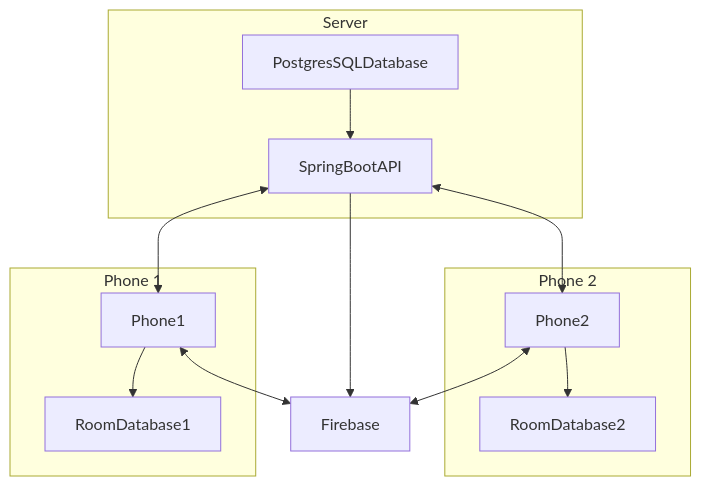
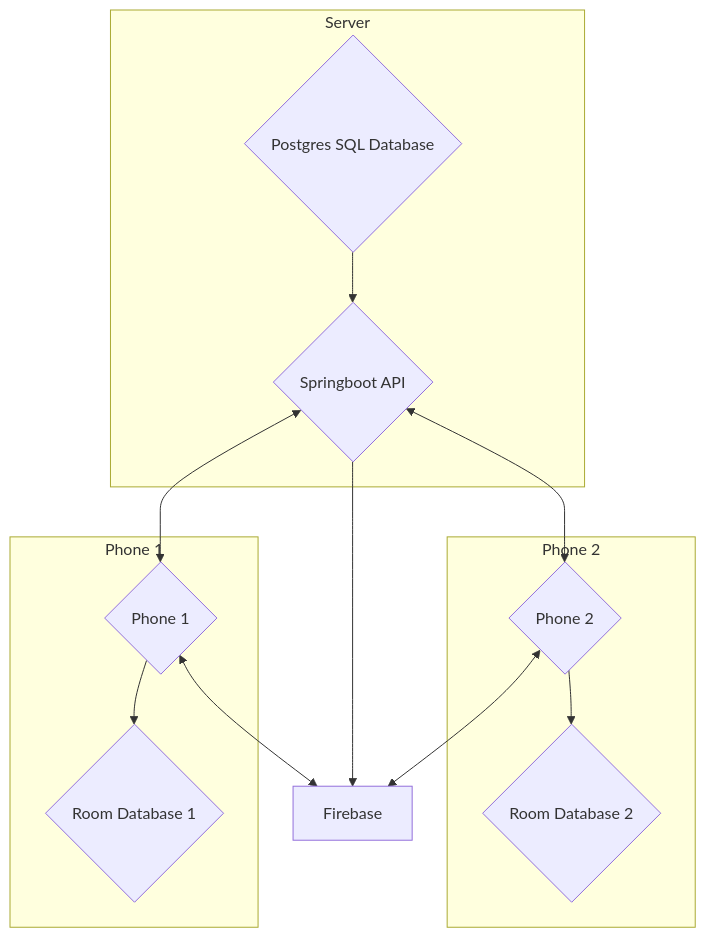
Before and after one commit to lukekweston/MessengerAPP: the diagram in README.md, drawn with Mermaid.

````diff
--- a/README.md
+++ b/README.md
@@ -23,17 +23,17 @@
 ```mermaid
 flowchart TD;
     subgraph "Phone 2"
-        Phone2-->RoomDatabase2;
+        Phone2{Phone 2}-->RoomDatabase2{Room Database 2};
     end
     subgraph "Phone 1"
-        Phone1-->RoomDatabase1;
+        Phone1{Phone 1}-->RoomDatabase1{Room Database 1};
     end
         subgraph "Server"
-        PostgresSQLDatabase-->SpringBootAPI;
+        PostgresSQLDatabase{Postgres SQL Database}-->SpringBootAPI{Springboot API};
         SpringBootAPI<-->Phone1;
         SpringBootAPI<-->Phone2;
     end
     SpringBootAPI-->Firebase;
     Phone1<-->Firebase;
     Phone2<-->Firebase;
 ```
````
